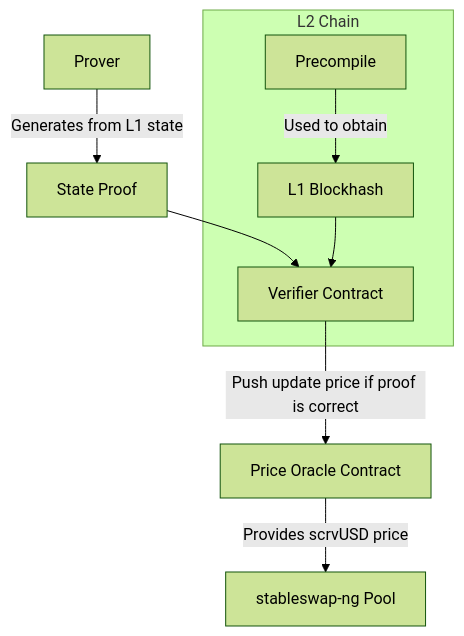
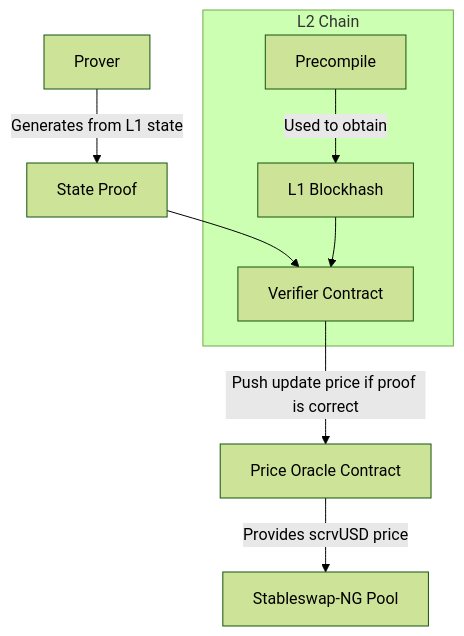
One commit to CurveDocs/curve-docs changed the diagram in docs/scrvusd/crosschain/oracle-v2/overview.md. Above: the diagram before and after it, drawn with Mermaid (forest theme). The commit also changed other lines of this file and 127 other files, not shown here.

````diff
--- a/docs/scrvusd/crosschain/oracle-v2/overview.md
+++ b/docs/scrvusd/crosschain/oracle-v2/overview.md
@@ -23,12 +23,12 @@
 ```mermaid
 flowchart TD
     A[Prover] --> |Generates from L1 state| E[State Proof]
     E[State Proof] --> B[Verifier Contract]
     B -->|Push update price if proof is correct| C[Price Oracle Contract]
-    C -->|Provides scrvUSD price| D[stableswap-ng Pool]
+    C -->|Provides scrvUSD price| D[Stableswap-NG Pool]
 
     subgraph L2 Chain
         E2[Precompile] --> |Used to obtain| E1
         E1[L1 Blockhash] --> B
     end
 ```
````
